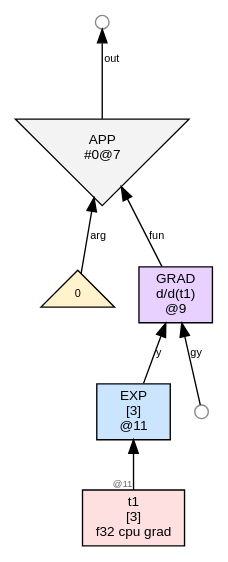
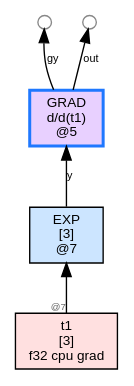
The diagram in wl/examples/thvm_graphs/grad_rules/exp/thvm_0_pre_reduce.dot (sw1sh/TinyHVM), drawn with Graphviz before and after one commit. The commit also changed 261 other files, not shown here.

First line of the commit message:
grad: flip gy arrow outward; drop APP wrap; insert explicit GC sweep phase

```diff
--- a/wl/examples/thvm_graphs/grad_rules/exp/thvm_0_pre_reduce.dot
+++ b/wl/examples/thvm_graphs/grad_rules/exp/thvm_0_pre_reduce.dot
@@ -1,19 +1,15 @@
 digraph G {
   rankdir=BT;
   node [fontname="Helvetica", fontsize=10, style=filled, shape=box, margin="0.1,0.05"];
   edge [fontsize=8, fontname="Helvetica"];
 
-  n9 [label="GRAD\nd/d(t1)\n@9", shape=box, fillcolor="#e8d0ff"];
-  n11 -> n9 [label="y"];
-  free9_1 [label="",shape=circle,width=0.14,height=0.14,fixedsize=true,fillcolor="#ffffff",color="#888888",fontsize=1];
-  free9_1 -> n9 [label="gy"];
-  n11 [label="EXP\n[3]\n@11", shape=box, fillcolor="#cce5ff"];
+  n7 [label="EXP\n[3]\n@7", shape=box, fillcolor="#cce5ff"];
   t1 [label="t1\n[3]\nf32 cpu grad",shape=box,fillcolor="#ffe0e0"];
-  t1 -> n11 [label="",taillabel="@11",labelfontsize=7,fontcolor="#666666"];
-  n7 [label="APP\n#0@7", shape=invtriangle, fillcolor="#f3f3f3"];
-  n9 -> n7 [label="fun"];
-  num_app7_1 [label="0",shape=triangle,fillcolor="#fff2cc",fontsize=8];
-  num_app7_1 -> n7 [label="arg"];
-  free7_1000 [label="",shape=circle,width=0.14,height=0.14,fixedsize=true,fillcolor="#ffffff",color="#888888",fontsize=1];
-  n7 -> free7_1000 [label="out"];
+  t1 -> n7 [label="",taillabel="@7",labelfontsize=7,fontcolor="#666666"];
+  n5 [label="GRAD\nd/d(t1)\n@5", shape=box, fillcolor="#e8d0ff",color="#1f78ff",penwidth=2.2];
+  n7 -> n5 [label="y"];
+  free5_1 [label="",shape=circle,width=0.14,height=0.14,fixedsize=true,fillcolor="#ffffff",color="#888888",fontsize=1];
+  n5 -> free5_1 [label="gy"];
+  free5_1000 [label="",shape=circle,width=0.14,height=0.14,fixedsize=true,fillcolor="#ffffff",color="#888888",fontsize=1];
+  n5 -> free5_1000 [label="out"];
 }
```
